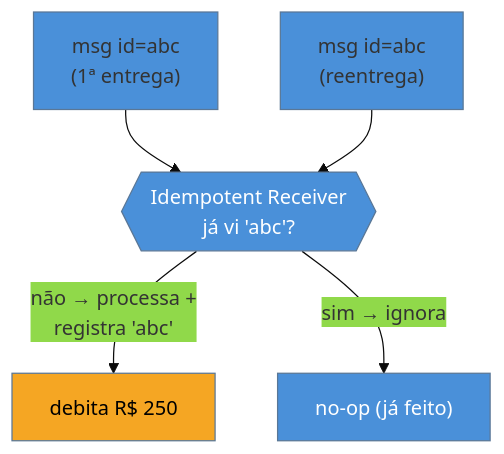
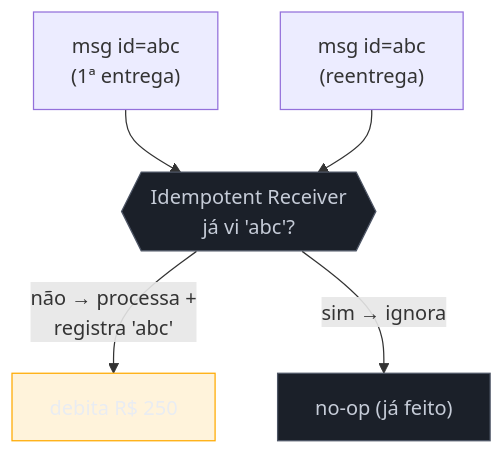
Before and after one commit to josenaldo/codex-technomanticus: the diagram in 03-Dominios/Engenharia/Design de Software/Padrões de Projeto/Integração Empresarial (EIP)/12 - Idempotent Receiver.md, drawn with Mermaid. The commit also changed 1181 other files, not shown here.

First line of the commit message:
fix(diagramas): paleta do sistema no lugar de cor cravada no markdown

````diff
--- a/03-Dominios/Engenharia/Design de Software/Padrões de Projeto/Integração Empresarial (EIP)/12 - Idempotent Receiver.md
+++ b/03-Dominios/Engenharia/Design de Software/Padrões de Projeto/Integração Empresarial (EIP)/12 - Idempotent Receiver.md
@@ -36,12 +36,13 @@
 ```mermaid
-%%{init: {"theme": "base", "themeVariables": {"primaryColor": "#4A90D9"}}}%%
 graph TD
+    classDef neutro fill:#1B2029,stroke:#4E5666,color:#C6CCD8
+    classDef destaque fill:#FFAA0024,stroke:#FFAA00,color:#E9ECF2
     M1["msg id=abc<br/>(1ª entrega)"] --> R{{"Idempotent Receiver<br/>já vi 'abc'?"}}
     M2["msg id=abc<br/>(reentrega)"] --> R
     R -->|"não → processa +<br/>registra 'abc'"| OK["debita R$ 250"]
     R -->|"sim → ignora"| SKIP["no-op (já feito)"]
 
-    style R fill:#4A90D9,color:#fff
-    style OK fill:#F5A623,color:#000
-    style SKIP fill:#4A90D9,color:#fff
+    class R neutro
+    class OK destaque
+    class SKIP neutro
 ```
````
